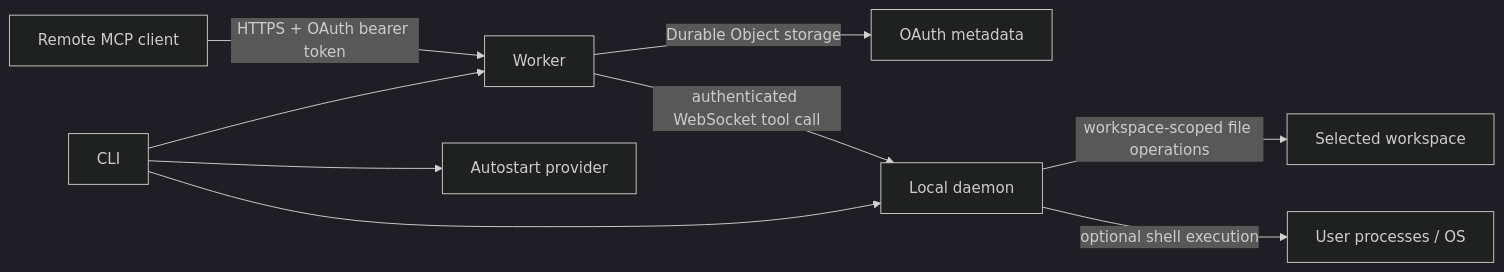
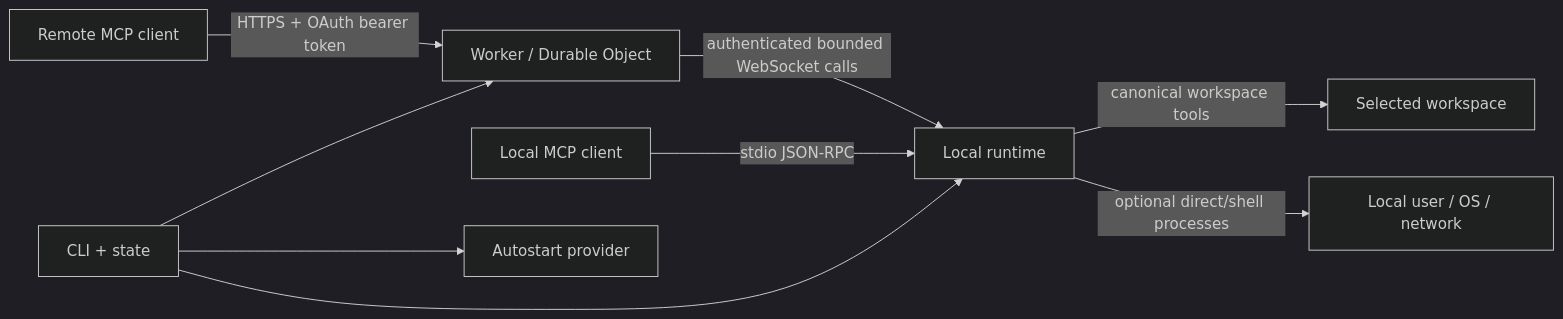
Before and after one commit to YuLeiFuYun/machine-bridge-mcp: the diagram in docs/ARCHITECTURE.md, drawn with Mermaid (dark theme). The commit also changed other lines of this file and 27 other files, not shown here.

Commit message:
feat: add universal MCP runtime and hardening

````diff
--- a/docs/ARCHITECTURE.md
+++ b/docs/ARCHITECTURE.md
@@ -31,11 +62,11 @@
 ```mermaid
 flowchart LR
-  C[Remote MCP client] -->|HTTPS + OAuth bearer token| W[Worker]
-  W -->|Durable Object storage| O[OAuth metadata]
-  W -->|authenticated WebSocket tool call| D[Local daemon]
-  D -->|workspace-scoped file operations| F[Selected workspace]
-  D -->|optional shell execution| P[User processes / OS]
-  L[CLI] --> W
-  L --> D
-  L --> S[Autostart provider]
+  C[Remote MCP client] -->|HTTPS + OAuth bearer token| W[Worker / Durable Object]
+  W -->|authenticated bounded WebSocket calls| R[Local runtime]
+  L[Local MCP client] -->|stdio JSON-RPC| R
+  R -->|canonical workspace tools| F[Selected workspace]
+  R -->|optional direct/shell processes| P[Local user / OS / network]
+  CLI[CLI + state] --> W
+  CLI --> R
+  CLI --> S[Autostart provider]
 ```
````
